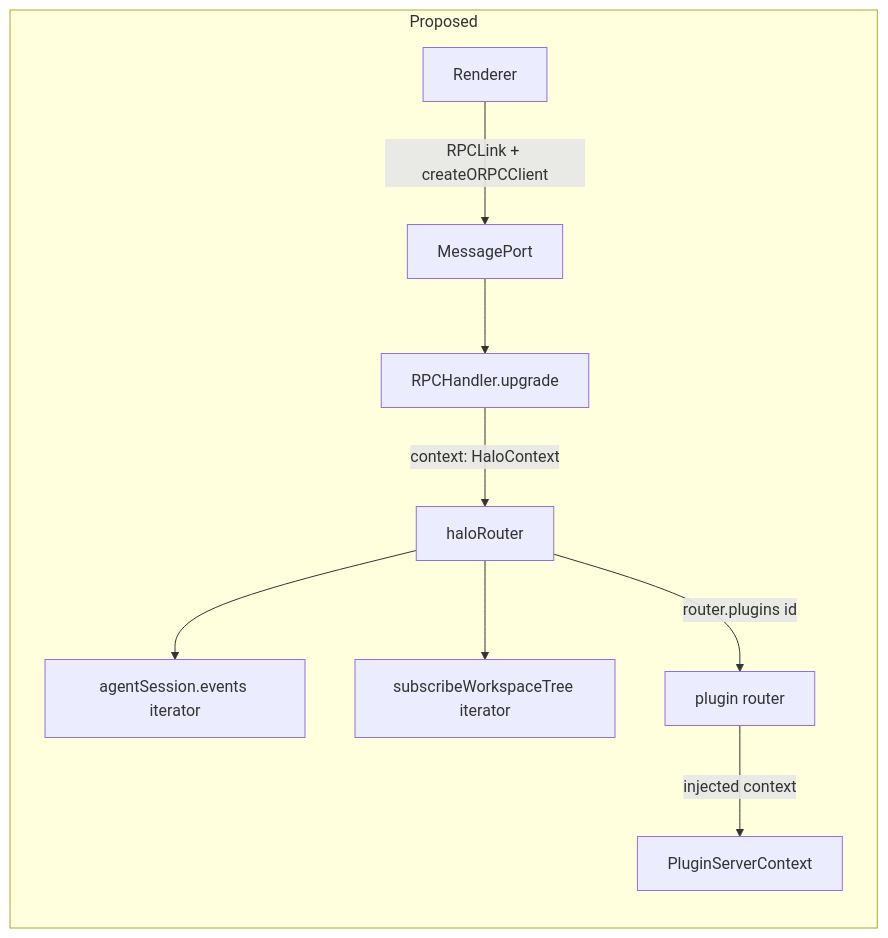
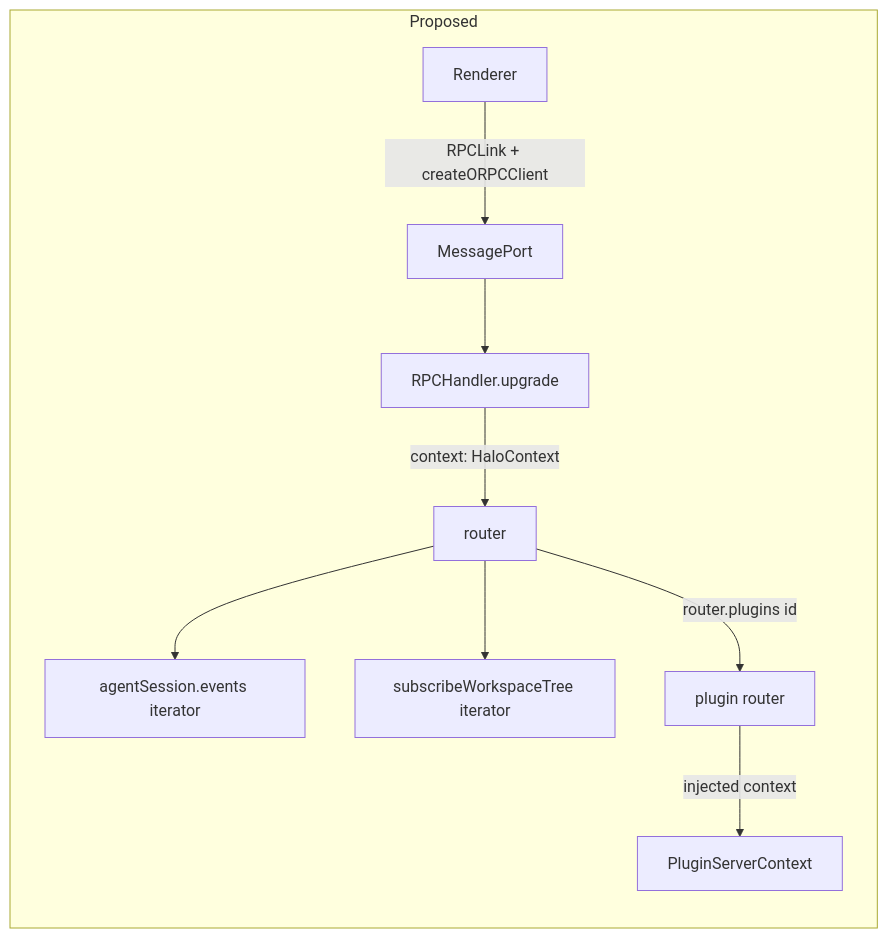
Before and after one commit to tanishqkancharla/halo-v2: the second of 2 diagrams in specs/replace-capnweb-with-orpc.md, drawn with Mermaid. The commit also changed other lines of this file, not shown here.

First line of the commit message:
Name the oRPC contract file contract.ts and export a global router.

````diff
--- a/specs/replace-capnweb-with-orpc.md
+++ b/specs/replace-capnweb-with-orpc.md
@@ -16,12 +16,12 @@
 ```mermaid
 flowchart LR
   subgraph proposed [Proposed]
     R2[Renderer] -->|"RPCLink + createORPCClient"| P2[MessagePort]
     P2 --> T2["RPCHandler.upgrade"]
-    T2 -->|"context: HaloContext"| H2[haloRouter]
+    T2 -->|"context: HaloContext"| H2[router]
     H2 --> A2[agentSession.events iterator]
     H2 --> W2[subscribeWorkspaceTree iterator]
     H2 -->|"router.plugins id"| G2[plugin router]
     G2 -->|"injected context"| C2[PluginServerContext]
   end
 ```
````
